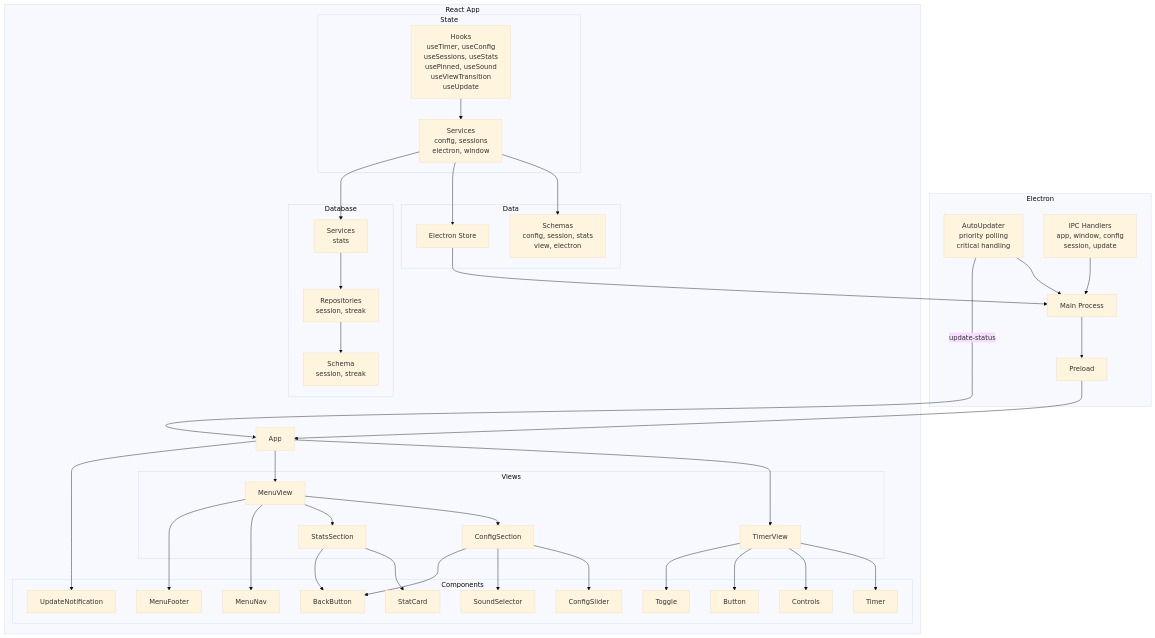
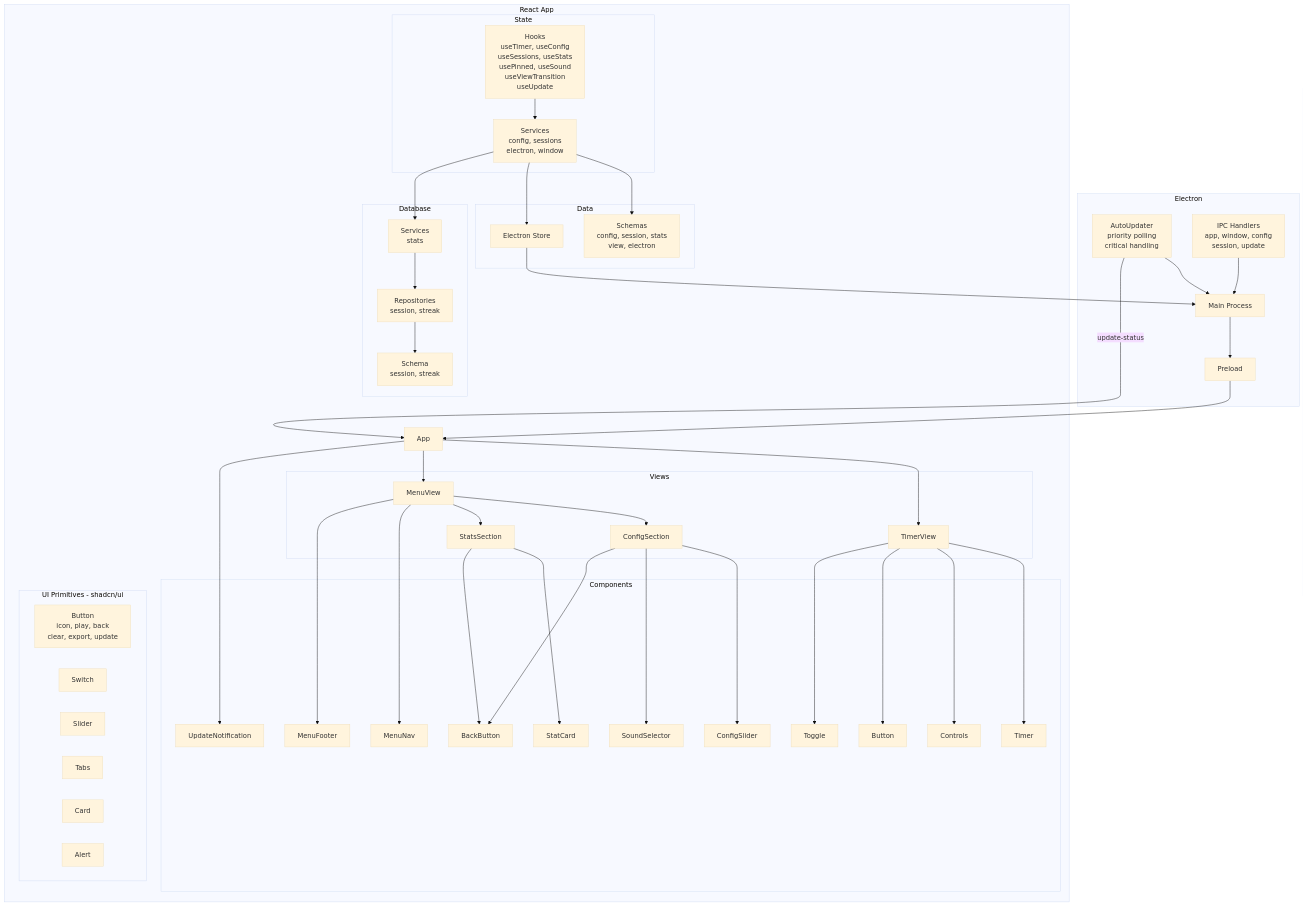
The first of 2 diagrams in README.md (torrescereno/hollow), drawn with Mermaid (base theme) before and after one commit. The commit also changed other lines of this file, not shown here.

Commit message:
feat: add shadcn readme

```diff
--- a/README.md
+++ b/README.md
@@ -115,6 +117,15 @@
             SOUND_SELECTOR[SoundSelector]
             BACK[BackButton]
             UPDATE_NOTIF[UpdateNotification]
+        end
+
+        subgraph UI Primitives[UI Primitives - shadcn/ui]
+            UI_BUTTON[Button<br/>icon, play, back<br/>clear, export, update]
+            UI_SWITCH[Switch]
+            UI_SLIDER[Slider]
+            UI_TABS[Tabs]
+            UI_CARD[Card]
+            UI_ALERT[Alert]
         end
 
         subgraph State
```
